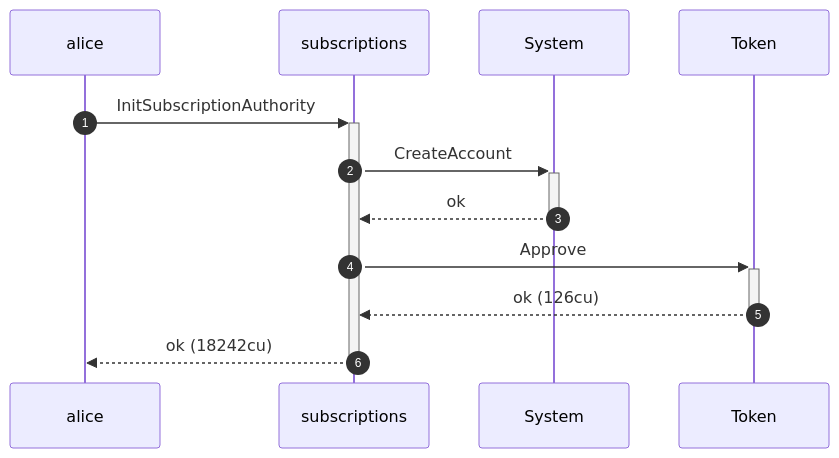
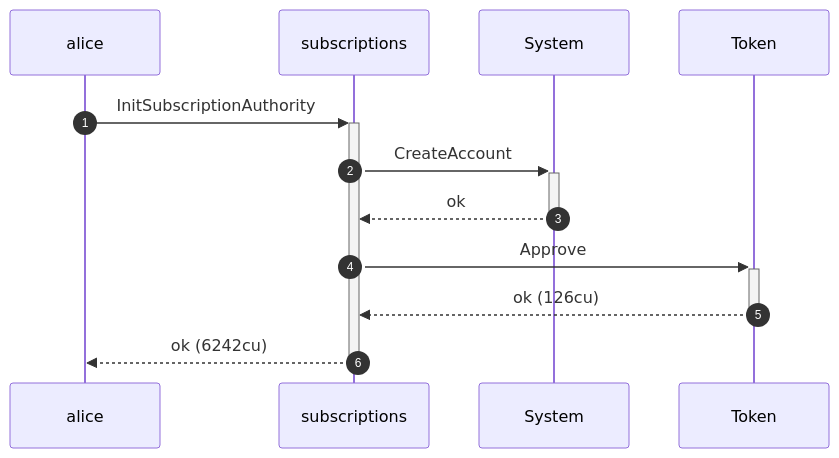
Before and after one commit to cds-rs/subscriptions: the second of 4 diagrams in dsl_tests/sentinel-start-requires-an-expiry.md, drawn with Mermaid. The commit also changed other lines of this file and 224 other files, not shown here.

````diff
--- a/dsl_tests/sentinel-start-requires-an-expiry.md
+++ b/dsl_tests/sentinel-start-requires-an-expiry.md
@@ -38,14 +39,14 @@
 ```mermaid
 sequenceDiagram
     autonumber
     participant alice
     participant subscriptions
     participant System
     participant Token
     alice ->>+ subscriptions: InitSubscriptionAuthority
     subscriptions ->>+ System: CreateAccount
     System -->>- subscriptions: ok
     subscriptions ->>+ Token: Approve
     Token -->>- subscriptions: ok (126cu)
-    subscriptions -->>- alice: ok (18242cu)
+    subscriptions -->>- alice: ok (6242cu)
 ```
````
